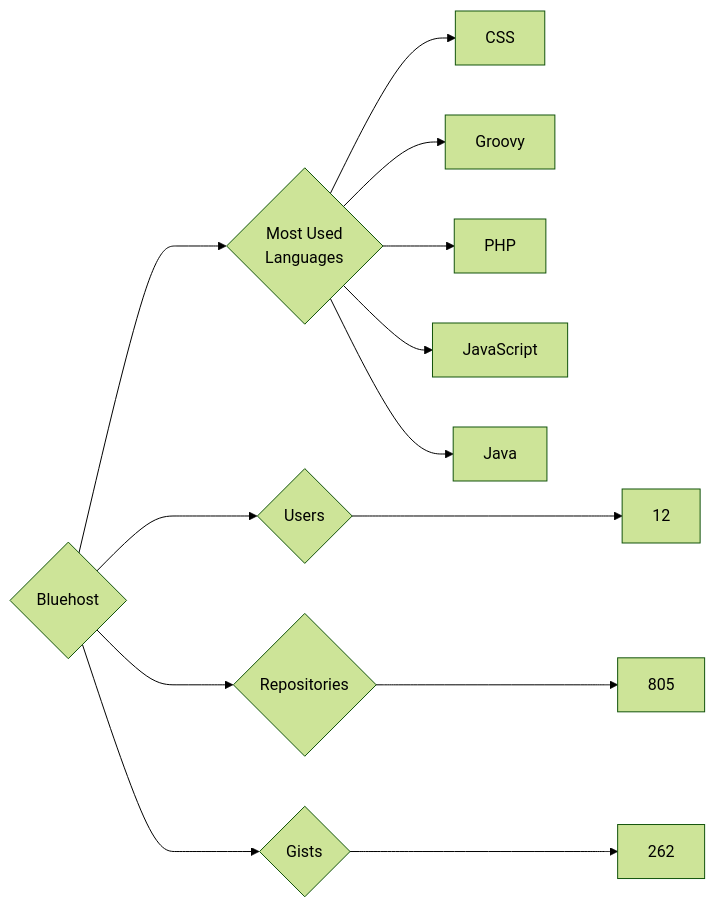
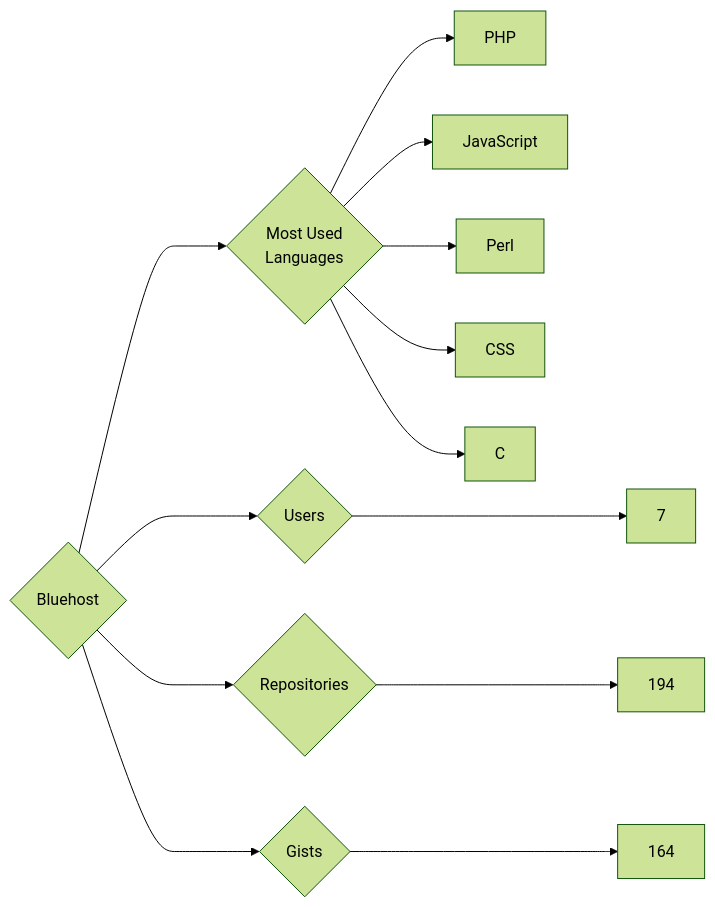
Before and after one commit to trickest/insiders: the diagram in targets/Bluehost/README.md, drawn with Mermaid (forest theme). The commit also changed 814 other files, not shown here.

````diff
--- a/targets/Bluehost/README.md
+++ b/targets/Bluehost/README.md
@@ -3,13 +3,13 @@
 ```mermaid
 graph LR
 COMPANY_NAME{Bluehost}
-COMPANY_NAME ---> U{Users} ---> UN[12]
-COMPANY_NAME ---> R{Repositories} ---> RN[805]
-COMPANY_NAME ---> G{Gists} ---> GN[262]
+COMPANY_NAME ---> U{Users} ---> UN[7]
+COMPANY_NAME ---> R{Repositories} ---> RN[194]
+COMPANY_NAME ---> G{Gists} ---> GN[164]
 COMPANY_NAME ---> ML{Most Used<br>Languages}
-ML --> CSS[CSS]
-ML --> Groovy[Groovy]
 ML --> PHP[PHP]
 ML --> JavaScript[JavaScript]
-ML --> Java[Java]
+ML --> Perl[Perl]
+ML --> CSS[CSS]
+ML --> C[C]
 ```
````
